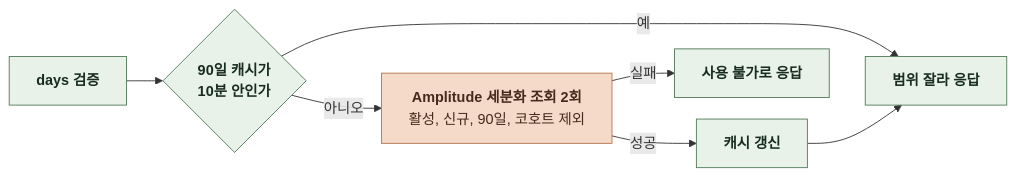
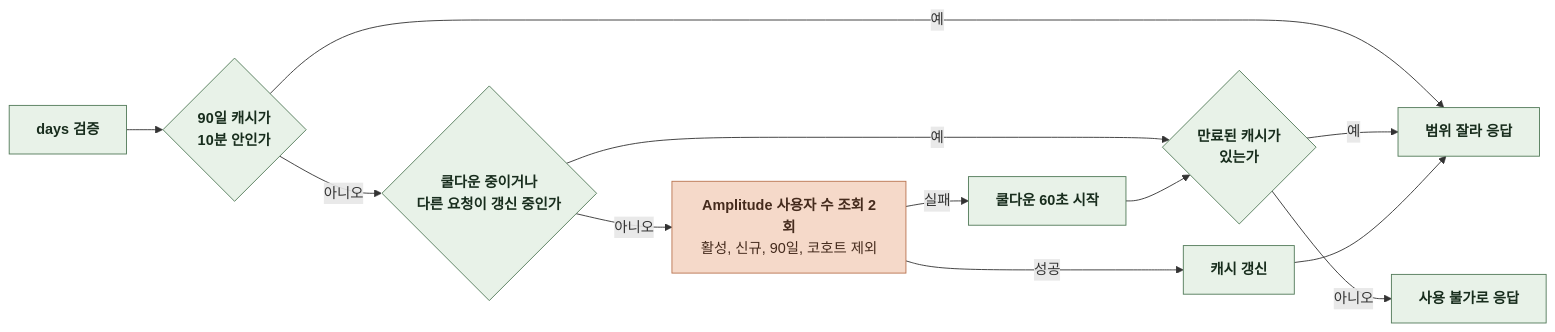
One commit to KIM-N-KANG/knk-harness changed diagram 12 of 12 in docs/domain/ADMIN/BACKEND/4-1-PIPELINES.md. Above: the diagram before and after it, drawn with Mermaid. The commit also changed other lines of this file and 8 other files, not shown here.

Commit message:
[KNK-1728] Docs: Amplitude 지표를 활성·신규 사용자 수 API로 조회하도록 수정

````diff
--- a/docs/domain/ADMIN/BACKEND/4-1-PIPELINES.md
+++ b/docs/domain/ADMIN/BACKEND/4-1-PIPELINES.md
@@ -348,16 +348,23 @@
 ```mermaid
 %%{init: {"flowchart": {"curve": "basis", "nodeSpacing": 24, "rankSpacing": 40}}}%%
 flowchart LR
     A["`**days 검증**`"] --> B{"`**90일 캐시가
 10분 안인가**`"}
     B -->|예| E["`**범위 잘라 응답**`"]
-    B -->|아니오| C["`**Amplitude 세분화 조회 2회**
+    B -->|아니오| F{"`**쿨다운 중이거나
+다른 요청이 갱신 중인가**`"}
+    F -->|예| G{"`**만료된 캐시가
+있는가**`"}
+    G -->|예| E
+    G -->|아니오| X["`**사용 불가로 응답**`"]
+    F -->|아니오| C["`**Amplitude 사용자 수 조회 2회**
 활성, 신규, 90일, 코호트 제외`"]
     C -->|성공| D["`**캐시 갱신**`"]
     D --> E
-    C -->|실패| X["`**사용 불가로 응답**`"]
+    C -->|실패| H["`**쿨다운 60초 시작**`"]
+    H --> G
     classDef comp fill:#E8F2E8,stroke:#527A59,color:#182D1D
     classDef task fill:#F5D9C9,stroke:#B97450,color:#452B1D
-    class A,B,D,E,X comp
+    class A,B,D,E,F,G,H,X comp
     class C task
 ```
````
